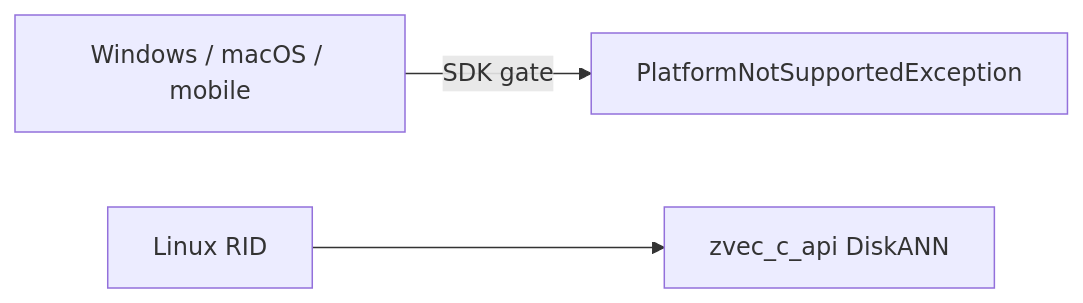
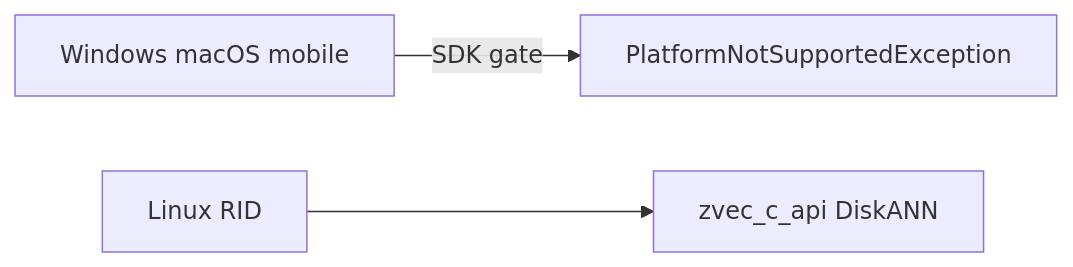
The second of 2 diagrams in docs/theory/diskann.md (ahmedSamir50/AdamSystems.ZVec.NET), drawn with Mermaid before and after one commit. The commit also changed other lines of this file and 5 other files, not shown here.

First line of the commit message:
Fix Mermaid 11 syntax in theory diagrams.

````diff
--- a/docs/theory/diskann.md
+++ b/docs/theory/diskann.md
@@ -45,7 +45,7 @@
 ```mermaid
 flowchart LR
-  win[Windows / macOS / mobile]
+  win["Windows macOS mobile"]
   linux[Linux RID]
-  win -->|SDK gate| pns[PlatformNotSupportedException]
-  linux --> native[zvec_c_api DiskANN]
+  win -->|"SDK gate"| pns[PlatformNotSupportedException]
+  linux --> native["zvec_c_api DiskANN"]
 ```
````
